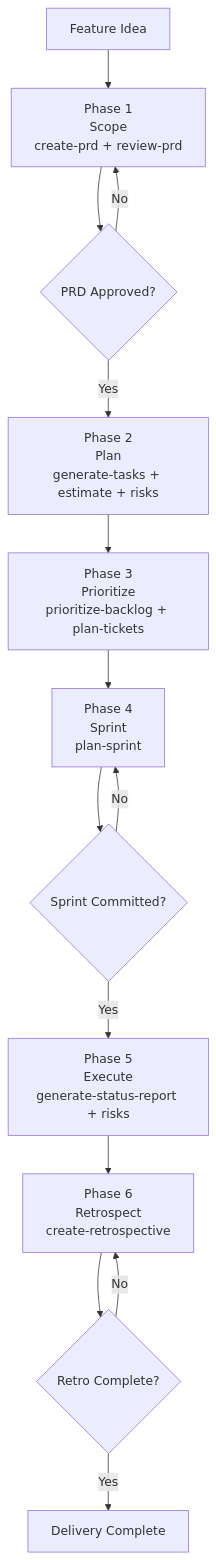
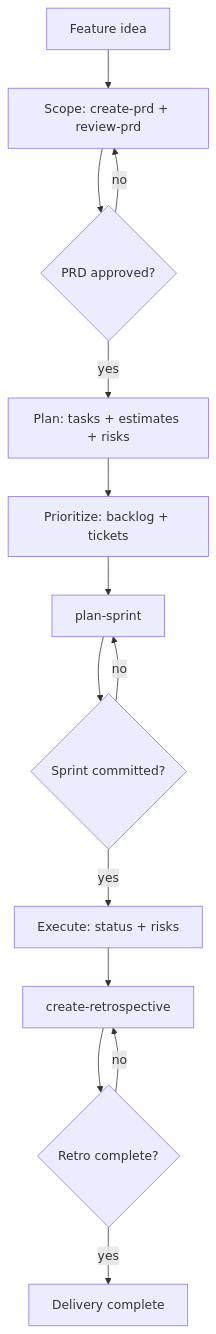
One commit to igmarin/agnostic-planning-skills changed the fourth of 4 diagrams in docs/persona-guide.md. Above: the diagram before and after it, drawn with Mermaid. The commit also changed other lines of this file and 34 other files, not shown here.

````diff
--- a/docs/persona-guide.md
+++ b/docs/persona-guide.md
@@ -136,16 +66,16 @@
 ```mermaid
 graph TD
-    A[Feature Idea] --> B["Phase 1<br/>Scope<br/>create-prd + review-prd"]
-    B --> C{"PRD Approved?"}
-    C -->|No| B
-    C -->|Yes| D["Phase 2<br/>Plan<br/>generate-tasks + estimate + risks"]
-    D --> E["Phase 3<br/>Prioritize<br/>prioritize-backlog + plan-tickets"]
-    E --> F["Phase 4<br/>Sprint<br/>plan-sprint"]
-    F --> G{"Sprint Committed?"}
-    G -->|No| F
-    G -->|Yes| H["Phase 5<br/>Execute<br/>generate-status-report + risks"]
-    H --> I["Phase 6<br/>Retrospect<br/>create-retrospective"]
-    I --> J{"Retro Complete?"}
-    J -->|No| I
-    J -->|Yes| K[Delivery Complete]
+    A[Feature idea] --> B[Scope: create-prd + review-prd]
+    B --> C{PRD approved?}
+    C -->|no| B
+    C -->|yes| D[Plan: tasks + estimates + risks]
+    D --> E[Prioritize: backlog + tickets]
+    E --> F[plan-sprint]
+    F --> G{Sprint committed?}
+    G -->|no| F
+    G -->|yes| H[Execute: status + risks]
+    H --> I[create-retrospective]
+    I --> J{Retro complete?}
+    J -->|no| I
+    J -->|yes| K[Delivery complete]
 ```
````
